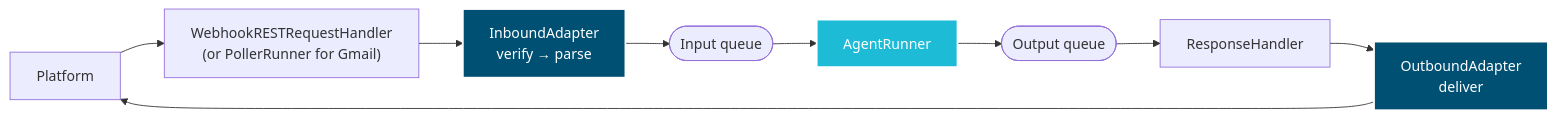
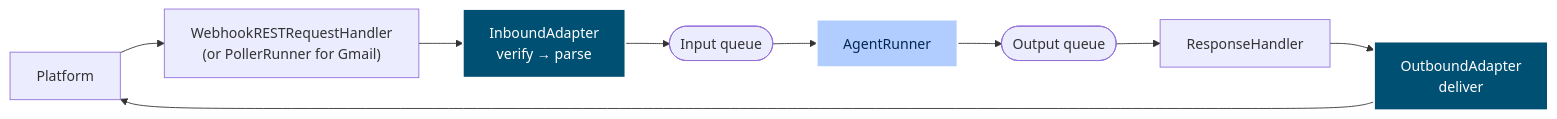
Before and after one commit to yaalalabs/agent-kernel: the second of 2 diagrams in docs/docs/integrations/overview.md, drawn with Mermaid. The commit also changed other lines of this file and 444 other files, not shown here.

````diff
--- a/docs/docs/integrations/overview.md
+++ b/docs/docs/integrations/overview.md
@@ -65,16 +65,16 @@
 ```mermaid
 ---
 config:
   layout: dagre
   elk: true
 ---
 flowchart LR
     P["Platform"] --> W["WebhookRESTRequestHandler<br/>(or PollerRunner for Gmail)"]
     W --> IN["InboundAdapter<br/>verify → parse"]
     IN --> Q(["Input queue"]) --> AR["AgentRunner"] --> OQ(["Output queue"])
     OQ --> RH["ResponseHandler"] --> OUT["OutboundAdapter<br/>deliver"] --> P
 
     style IN fill:#005073,stroke:#fff,stroke-width:2px,color:#fff
     style OUT fill:#005073,stroke:#fff,stroke-width:2px,color:#fff
-    style AR fill:#1ebbd7,stroke:#fff,stroke-width:2px,color:#fff
+    style AR fill:#B1CDFF,stroke:#fff,stroke-width:2px,color:#02284F
 ```
````
